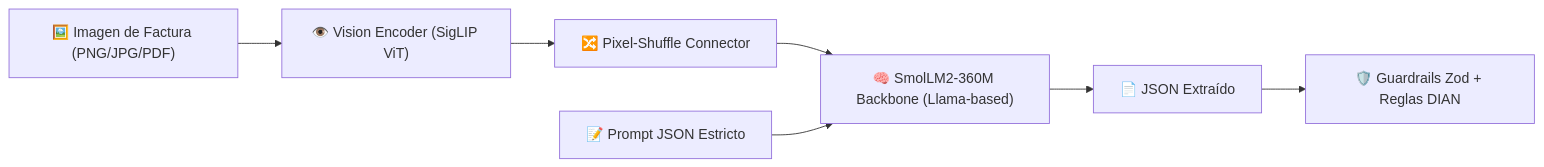
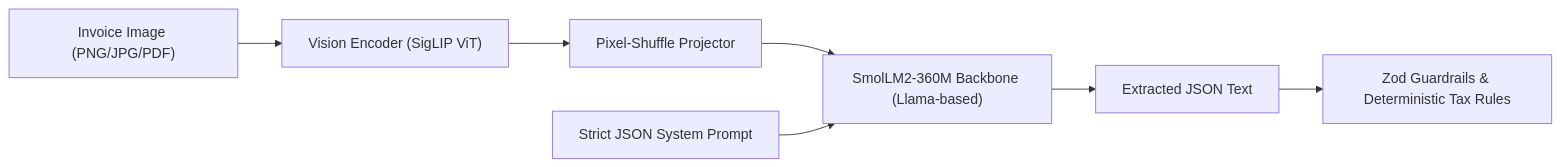
Before and after one commit to andreMD287/Tally: the diagram in docs/model_capabilities_and_limits.md, drawn with Mermaid. The commit also changed other lines of this file and 24 other files, not shown here.

````diff
--- a/docs/model_capabilities_and_limits.md
+++ b/docs/model_capabilities_and_limits.md
@@ -13,9 +13,9 @@
 ```mermaid
 graph LR
-    Img["🖼️ Imagen de Factura (PNG/JPG/PDF)"] --> SigLIP["👁️ Vision Encoder (SigLIP ViT)"]
-    SigLIP --> PxShuffle["🔀 Pixel-Shuffle Connector"]
-    PxShuffle --> LLM["🧠 SmolLM2-360M Backbone (Llama-based)"]
-    Prompt["📝 Prompt JSON Estricto"] --> LLM
-    LLM --> RawJSON["📄 JSON Extraído"]
-    RawJSON --> Zod["🛡️ Guardrails Zod + Reglas DIAN"]
+    Img["Invoice Image (PNG/JPG/PDF)"] --> SigLIP["Vision Encoder (SigLIP ViT)"]
+    SigLIP --> PxShuffle["Pixel-Shuffle Projector"]
+    PxShuffle --> LLM["SmolLM2-360M Backbone (Llama-based)"]
+    Prompt["Strict JSON System Prompt"] --> LLM
+    LLM --> RawJSON["Extracted JSON Text"]
+    RawJSON --> Zod["Zod Guardrails & Deterministic Tax Rules"]
 ```
````
